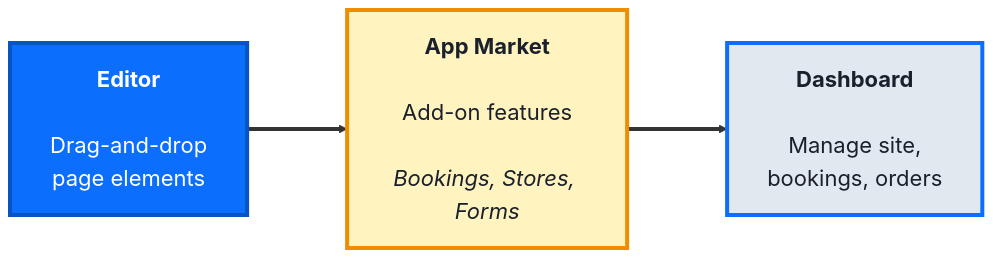
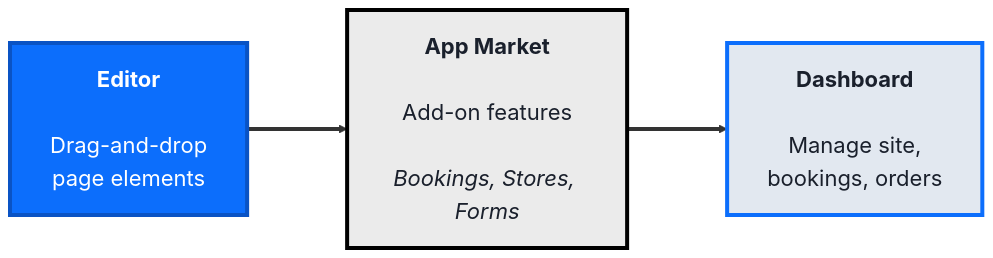
The fourth of 4 diagrams in src/Pages/courses/TechArchs/website-builders-beginner-course.md (SHEMODELTECH/shemodeltech), drawn with Mermaid before and after one commit. The commit also changed other lines of this file and 46 other files, not shown here.

````diff
--- a/src/Pages/courses/TechArchs/website-builders-beginner-course.md
+++ b/src/Pages/courses/TechArchs/website-builders-beginner-course.md
@@ -207,14 +207,14 @@
 ```mermaid
 %%{init: {'theme':'base', 'themeVariables': {'fontSize':'22px', 'primaryTextColor':'#1a202c', 'primaryBorderColor':'#0c6efc', 'lineColor':'#333333'}, 'flowchart': {'nodeSpacing': 70, 'rankSpacing': 100, 'padding': 20}}}%%
 flowchart LR
     E["<b>Editor</b><br/><br/>Drag-and-drop<br/>page elements"]
     AM["<b>App Market</b><br/><br/>Add-on features<br/><br/><i>Bookings, Stores, Forms</i>"]
     D["<b>Dashboard</b><br/><br/>Manage site,<br/>bookings, orders"]
 
     E ==> AM ==> D
 
     style E fill:#0c6efc,color:#fff,stroke:#0a53c4,stroke-width:4px
-    style AM fill:#fff3bf,color:#1a202c,stroke:#f08c00,stroke-width:4px
+    style AM fill:#EBEBEB,color:#1a202c,stroke:#000000,stroke-width:4px
     style D fill:#e2e8f0,color:#1a202c,stroke:#0c6efc,stroke-width:4px
     linkStyle default stroke-width:4px,stroke:#333333
 ```
````
